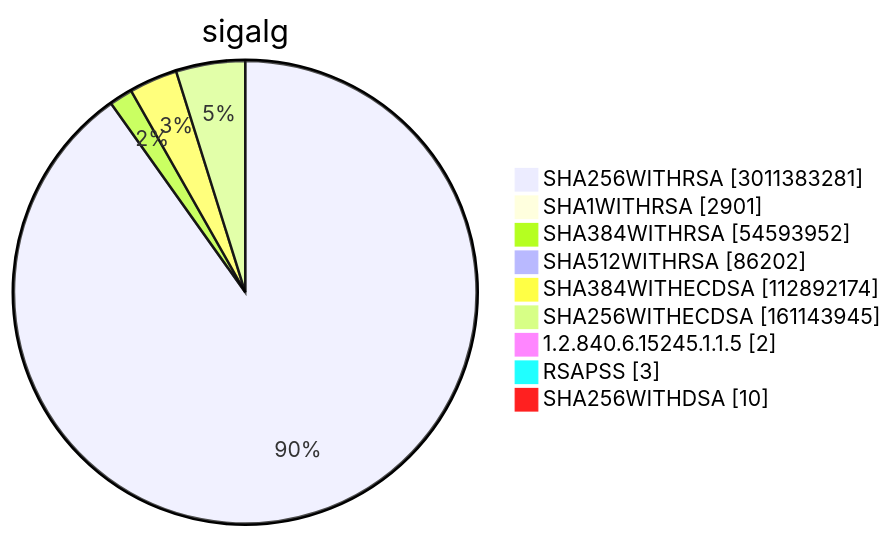
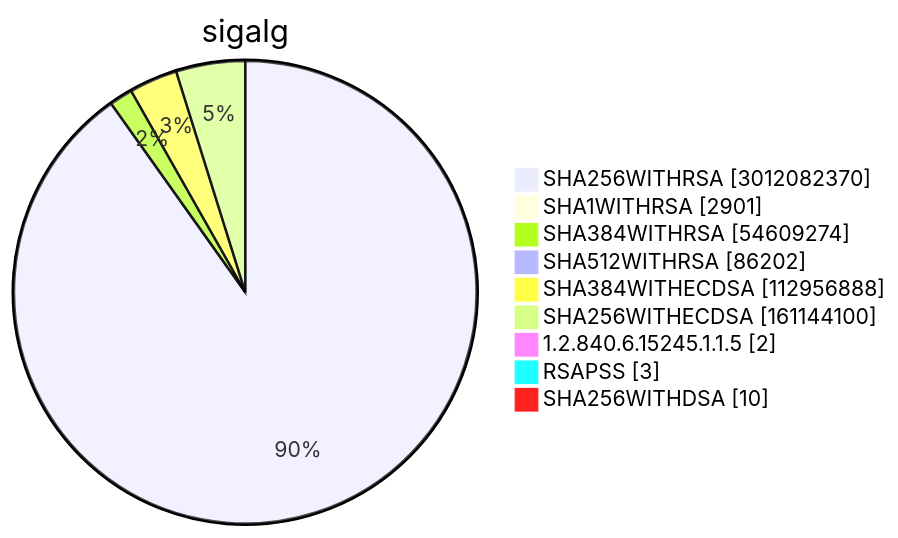
Diagram 15 of 15 in TOTAL/README.md (christiankrug/ctmonitor_visualization), drawn with Mermaid before and after one commit. The commit also changed other lines of this file, not shown here.

````diff
--- a/TOTAL/README.md
+++ b/TOTAL/README.md
@@ -6208,13 +6208,13 @@
 ```mermaid
 pie showData
 title sigalg
-"SHA256WITHRSA" :3011383281
+"SHA256WITHRSA" :3012082370
 "SHA1WITHRSA" :2901
-"SHA384WITHRSA" :54593952
+"SHA384WITHRSA" :54609274
 "SHA512WITHRSA" :86202
-"SHA384WITHECDSA" :112892174
-"SHA256WITHECDSA" :161143945
+"SHA384WITHECDSA" :112956888
+"SHA256WITHECDSA" :161144100
 "1.2.840.6.15245.1.1.5" :2
 "RSAPSS" :3
 "SHA256WITHDSA" :10
 ```
````
